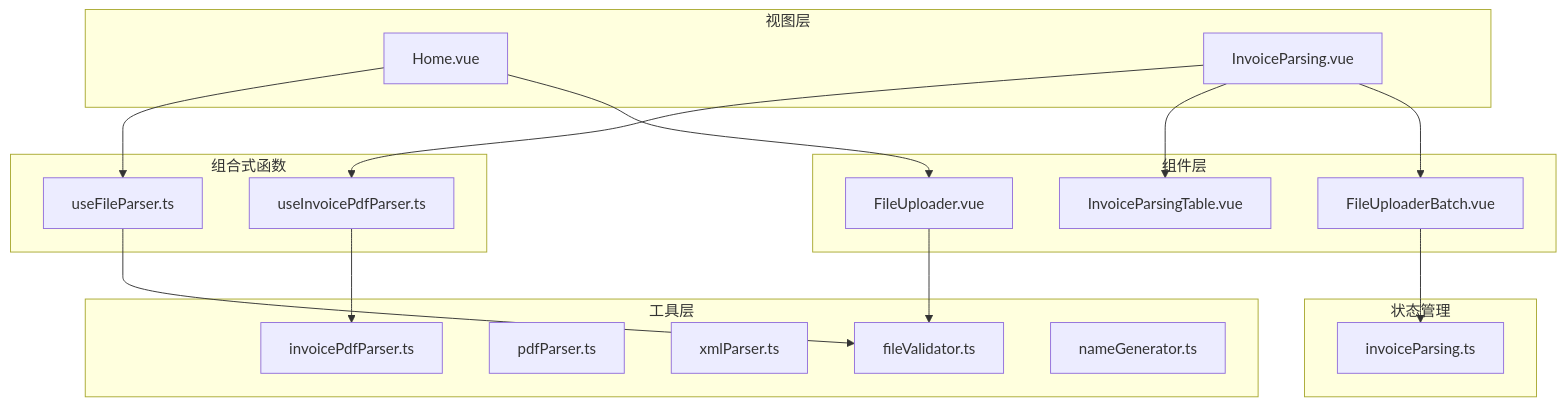
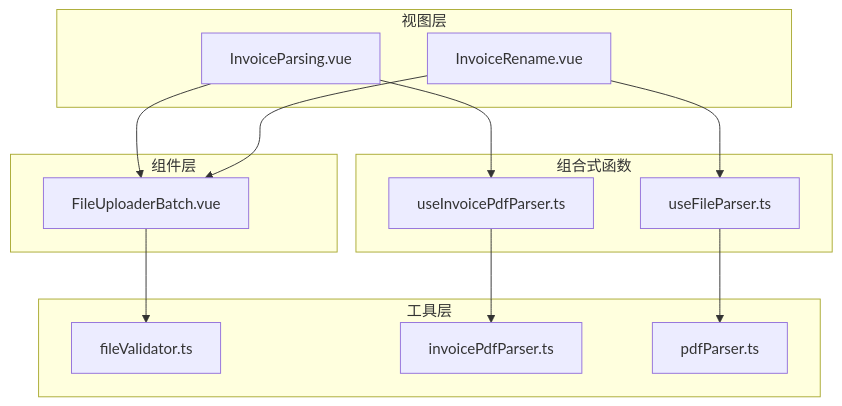
Before and after one commit to dunhuixiao/FinanceTools: the first of 7 diagrams in .qoder/repowiki/zh/content/组件架构设计/文件上传组件/文件上传组件.md, drawn with Mermaid. The commit also changed other lines of this file and 4 other files, not shown here.

````diff
--- a/.qoder/repowiki/zh/content/组件架构设计/文件上传组件/文件上传组件.md
+++ b/.qoder/repowiki/zh/content/组件架构设计/文件上传组件/文件上传组件.md
@@ -40,35 +43,26 @@
 ```mermaid
 graph TB
 subgraph "视图层"
-Home[Home.vue]
 InvoiceParsing[InvoiceParsing.vue]
+InvoiceRename[InvoiceRename.vue]
 end
 subgraph "组件层"
-FileUploader[FileUploader.vue]
 FileUploaderBatch[FileUploaderBatch.vue]
-InvoiceParsingTable[InvoiceParsingTable.vue]
 end
 subgraph "组合式函数"
+useInvoicePdfParser[useInvoicePdfParser.ts]
 useFileParser[useFileParser.ts]
-useInvoicePdfParser[useInvoicePdfParser.ts]
 end
 subgraph "工具层"
 fileValidator[fileValidator.ts]
+invoicePdfParser[invoicePdfParser.ts]
 pdfParser[pdfParser.ts]
-xmlParser[xmlParser.ts]
-invoicePdfParser[invoicePdfParser.ts]
-nameGenerator[nameGenerator.ts]
 end
-subgraph "状态管理"
-invoiceParsing[invoiceParsing.ts]
-end
-Home --> FileUploader
 InvoiceParsing --> FileUploaderBatch
-InvoiceParsing --> InvoiceParsingTable
-Home --> useFileParser
+InvoiceRename --> FileUploaderBatch
 InvoiceParsing --> useInvoicePdfParser
-useFileParser --> fileValidator
+InvoiceRename --> useFileParser
 useInvoicePdfParser --> invoicePdfParser
-FileUploader --> fileValidator
-FileUploaderBatch --> invoiceParsing
+useFileParser --> pdfParser
+FileUploaderBatch --> fileValidator
 ```
````
